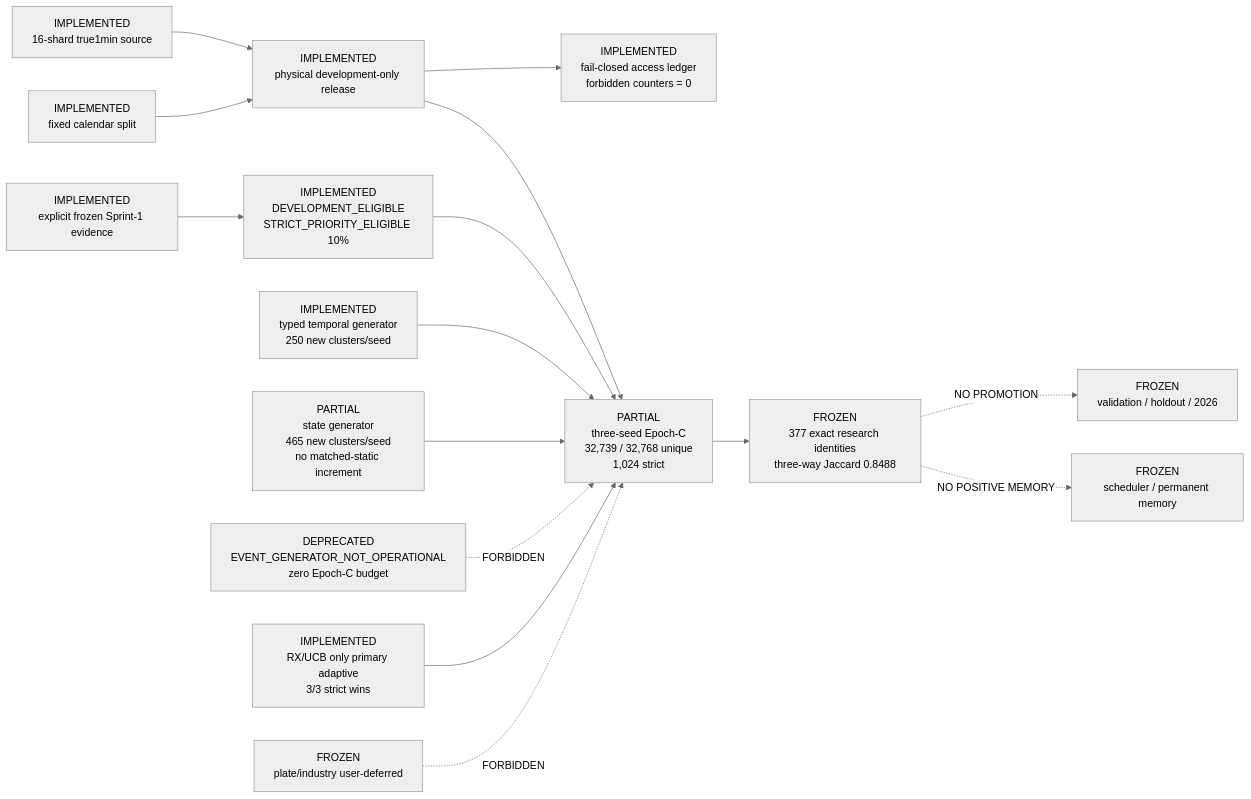
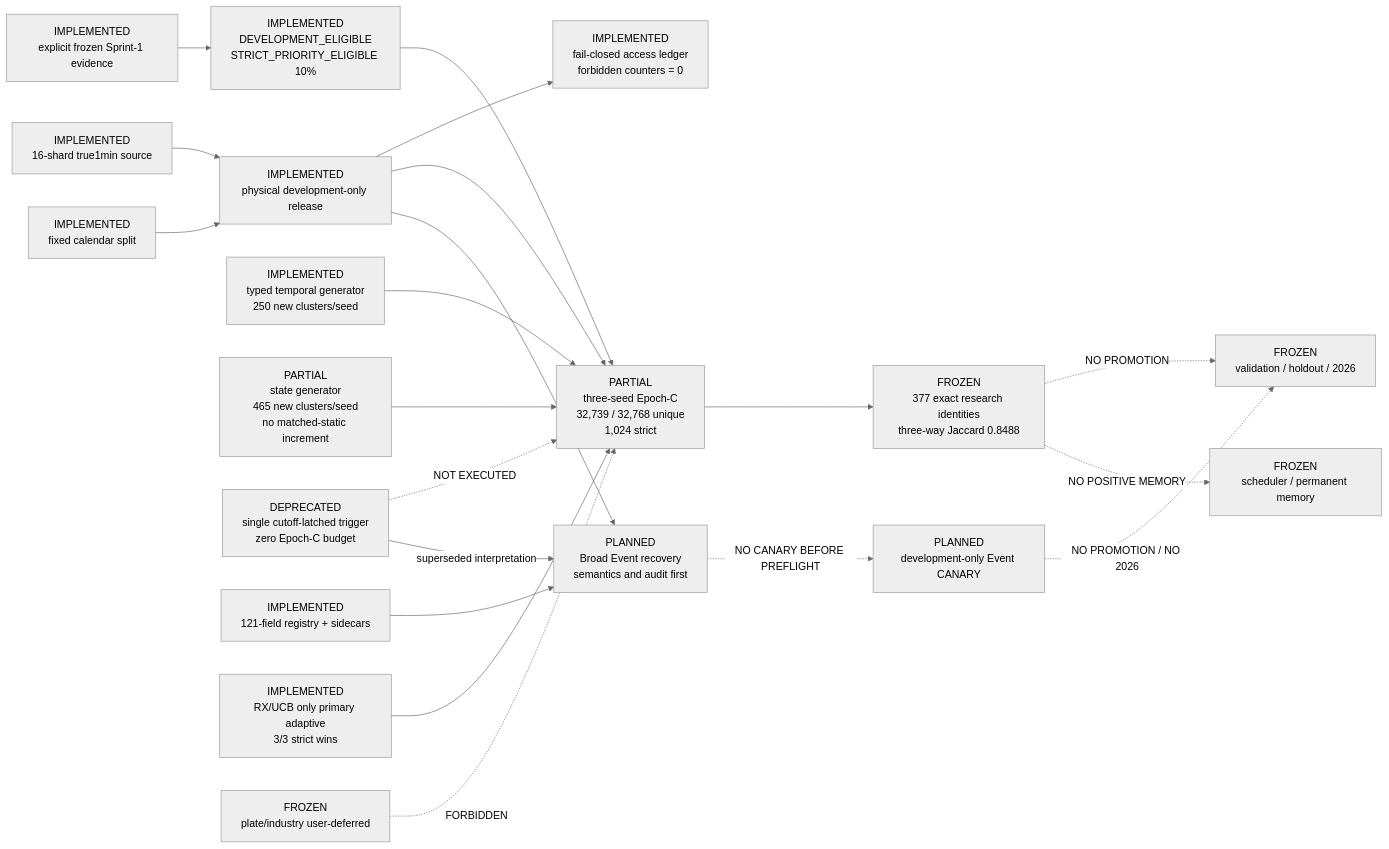
Before and after one commit to weisssschnee/alpha-pit-engine-v2: the diagram in .planning/graphs/CURRENT_ARCHITECTURE.md, drawn with Mermaid (neutral theme). The commit also changed other lines of this file and 14 other files, not shown here.

Commit message:
Correct Broad Event status and architecture interpretation

````diff
--- a/.planning/graphs/CURRENT_ARCHITECTURE.md
+++ b/.planning/graphs/CURRENT_ARCHITECTURE.md
@@ -14,19 +14,24 @@
 ```mermaid
 flowchart LR
     DATA["IMPLEMENTED<br/>16-shard true1min source"] --> DEV["IMPLEMENTED<br/>physical development-only release"]
     SPLIT["IMPLEMENTED<br/>fixed calendar split"] --> DEV
     DEV --> LEDGER["IMPLEMENTED<br/>fail-closed access ledger<br/>forbidden counters = 0"]
     DEV --> EPOCHC["PARTIAL<br/>three-seed Epoch-C<br/>32,739 / 32,768 unique<br/>1,024 strict"]
 
     EVIDENCE["IMPLEMENTED<br/>explicit frozen Sprint-1 evidence"] --> SELECTOR["IMPLEMENTED<br/>DEVELOPMENT_ELIGIBLE<br/>STRICT_PRIORITY_ELIGIBLE 10%"]
     SELECTOR --> EPOCHC
     TEMPORAL["IMPLEMENTED<br/>typed temporal generator<br/>250 new clusters/seed"] --> EPOCHC
     STATE["PARTIAL<br/>state generator<br/>465 new clusters/seed<br/>no matched-static increment"] --> EPOCHC
-    EVENT["DEPRECATED<br/>EVENT_GENERATOR_NOT_OPERATIONAL<br/>zero Epoch-C budget"] -. "FORBIDDEN" .-> EPOCHC
+    LEGACY_EVENT["DEPRECATED<br/>single cutoff-latched trigger<br/>zero Epoch-C budget"] -. "NOT EXECUTED" .-> EPOCHC
+    FIELDS["IMPLEMENTED<br/>121-field registry + sidecars"] --> BROAD_EVENT["PLANNED<br/>Broad Event recovery<br/>semantics and audit first"]
+    LEGACY_EVENT -->|"superseded interpretation"| BROAD_EVENT
+    DEV --> BROAD_EVENT
     RX["IMPLEMENTED<br/>RX/UCB only primary adaptive<br/>3/3 strict wins"] --> EPOCHC
 
     EPOCHC --> PACK["FROZEN<br/>377 exact research identities<br/>three-way Jaccard 0.8488"]
     PACK -. "NO PROMOTION" .-> SEALED["FROZEN<br/>validation / holdout / 2026"]
     PACK -. "NO POSITIVE MEMORY" .-> MEMORY["FROZEN<br/>scheduler / permanent memory"]
+    BROAD_EVENT -. "NO CANARY BEFORE PREFLIGHT" .-> EVENT_CANARY["PLANNED<br/>development-only Event CANARY"]
+    EVENT_CANARY -. "NO PROMOTION / NO 2026" .-> SEALED
     PLATE["FROZEN<br/>plate/industry user-deferred"] -. "FORBIDDEN" .-> EPOCHC
 ```
````
